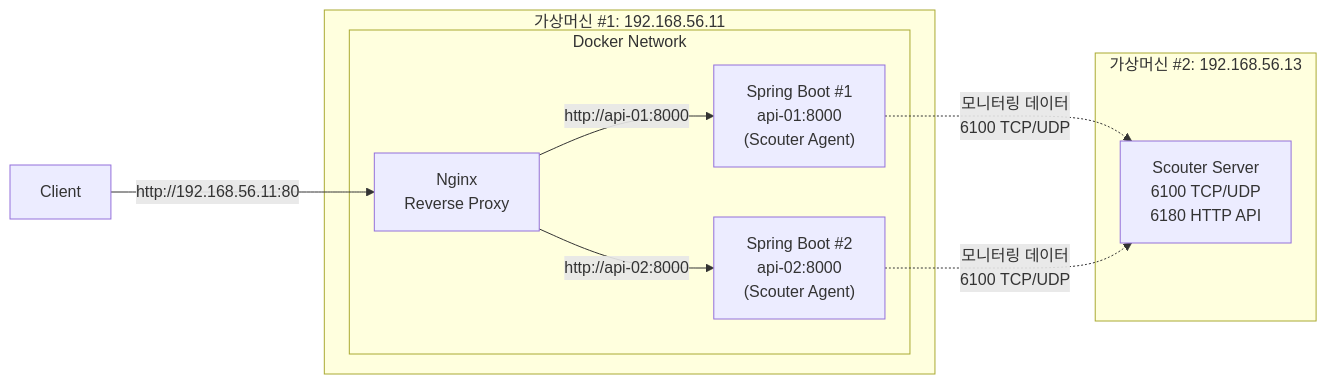
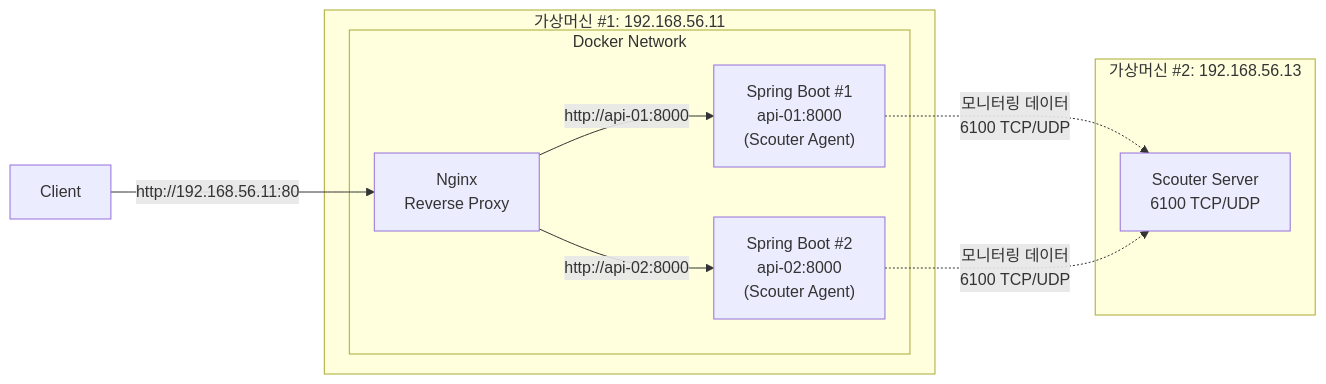
Before and after one commit to sanghoon-lee/sanghoon-lee.github.io: the diagram in _posts/2026-07-26-paygerduty.md, drawn with Mermaid. The commit also changed other lines of this file and 3 other files, not shown here.

````diff
--- a/_posts/2026-07-26-paygerduty.md
+++ b/_posts/2026-07-26-paygerduty.md
@@ -160,25 +255,25 @@
 ```mermaid
 flowchart LR
     Client["Client"]
 
     subgraph VM1["가상머신 #1: 192.168.56.11"]
         subgraph DockerNetwork["Docker Network"]
             Nginx["Nginx<br/>Reverse Proxy"]
 
             App1["Spring Boot #1<br/>api-01:8000<br/>(Scouter Agent)"]
             App2["Spring Boot #2<br/>api-02:8000<br/>(Scouter Agent)"]
 
             Nginx -->|"http://api-01:8000"| App1
             Nginx -->|"http://api-02:8000"| App2
         end
     end
 
     subgraph VM2["가상머신 #2: 192.168.56.13"]
-        Scouter["Scouter Server<br/>6100 TCP/UDP<br/>6180 HTTP API"]
+        Scouter["Scouter Server<br/>6100 TCP/UDP"]
     end
 
     Client -->|"http://192.168.56.11:80"| Nginx
 
     App1 -.->|"모니터링 데이터<br/>6100 TCP/UDP"| Scouter
     App2 -.->|"모니터링 데이터<br/>6100 TCP/UDP"| Scouter
 ```
````
